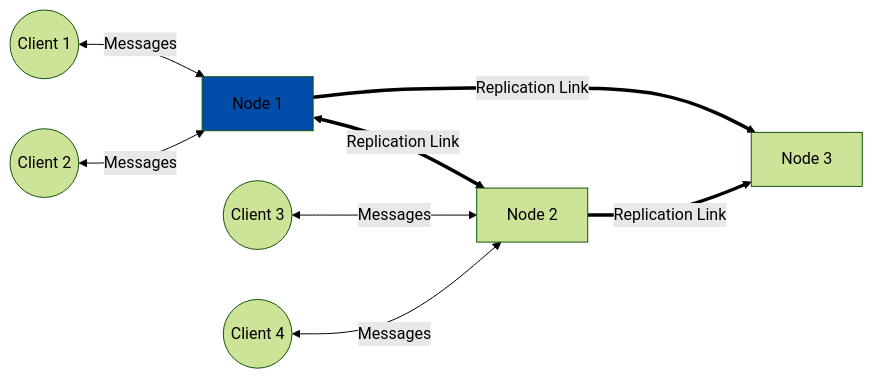
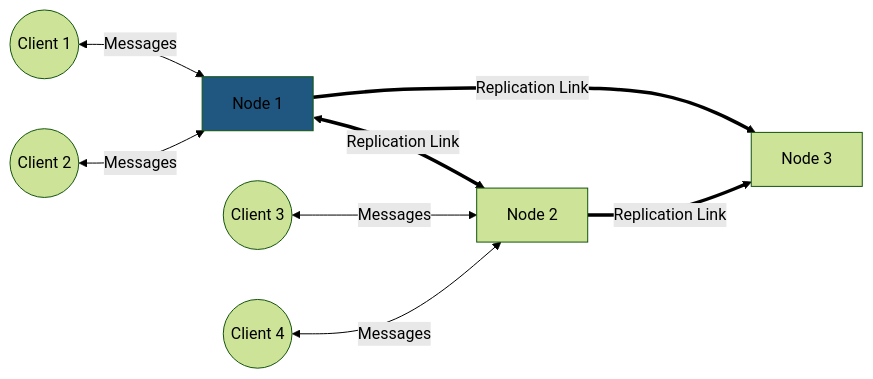
The first of 2 diagrams in README.md (niklas-enns/message-broker), drawn with Mermaid (forest theme) before and after one commit.

Commit message:
reformat table

````diff
--- a/README.md
+++ b/README.md
@@ -11,14 +11,14 @@
 ```mermaid
 graph LR;
     N1[Node 1]<==>|Replication Link|N2[Node 2]
     N1[Node 1]==>|Replication Link|N3[Node 3]
     N2==>|Replication Link|N3
     C1((Client 1))<-->|Messages|N1;
     C2((Client 2))<-->|Messages|N1;
     C3((Client 3))<-->|Messages|N2;
     C4((Client 4))<-->|Messages|N2;
     N3[Node 3]
     
-    classDef green fill:#024CAA;
-    class N1 green
+    classDef c1 fill:#205781;
+    class N1 c1
 ```
````
